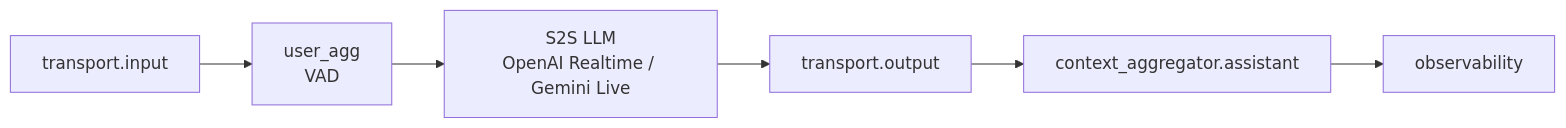
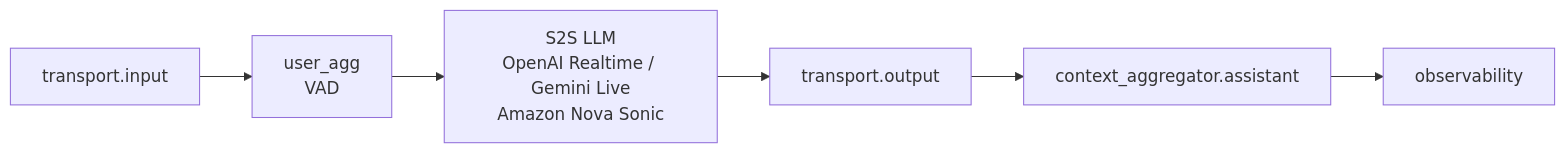
One commit to kobikis/turncall changed the fourth of 6 diagrams in docs/architecture.mdx. Above: the diagram before and after it, drawn with Mermaid. The commit also changed 27 other files, not shown here.

First line of the commit message:
feat: AWS Bedrock LLM and Amazon Nova Sonic 2 S2S (#15)

````diff
--- a/docs/architecture.mdx
+++ b/docs/architecture.mdx
@@ -120,8 +120,8 @@
 ```mermaid
 flowchart LR
     IN["transport.input"] --> UA["user_agg<br/>VAD"]
-    UA --> S2S["S2S LLM<br/>OpenAI Realtime / Gemini Live"]
+    UA --> S2S["S2S LLM<br/>OpenAI Realtime / Gemini Live<br/>Amazon Nova Sonic"]
     S2S --> OUT["transport.output"]
     OUT --> ASST["context_aggregator.assistant"]
     ASST --> OBS["observability"]
 ```
````
